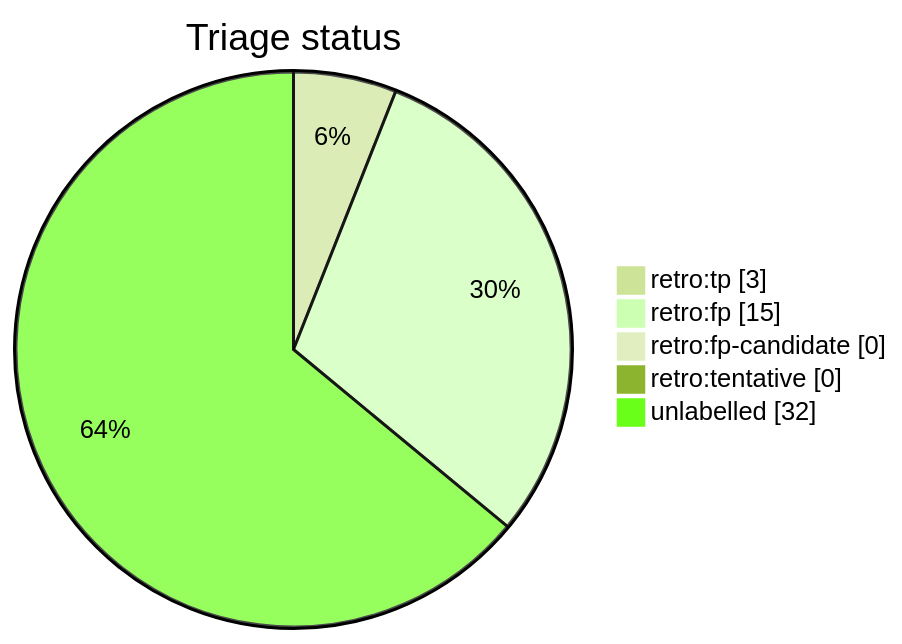
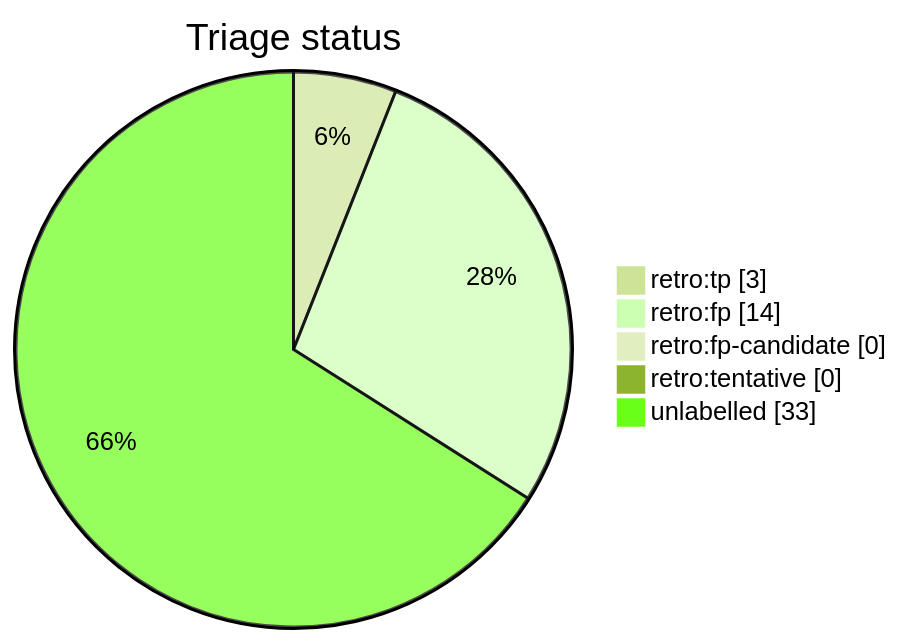
Before and after one commit to tvna/claude-md: the diagram in docs/generated/scripts/auto-retro-triage-report.md, drawn with Mermaid (forest theme). The commit also changed other lines of this file, not shown here.

First line of the commit message:
chore(auto-retro): refresh triage report

````diff
--- a/docs/generated/scripts/auto-retro-triage-report.md
+++ b/docs/generated/scripts/auto-retro-triage-report.md
@@ -15,9 +15,9 @@
 ```mermaid
 pie showData
     title Triage status
     "retro:tp" : 3
-    "retro:fp" : 15
+    "retro:fp" : 14
     "retro:fp-candidate" : 0
     "retro:tentative" : 0
-    "unlabelled" : 32
+    "unlabelled" : 33
 ```
````
